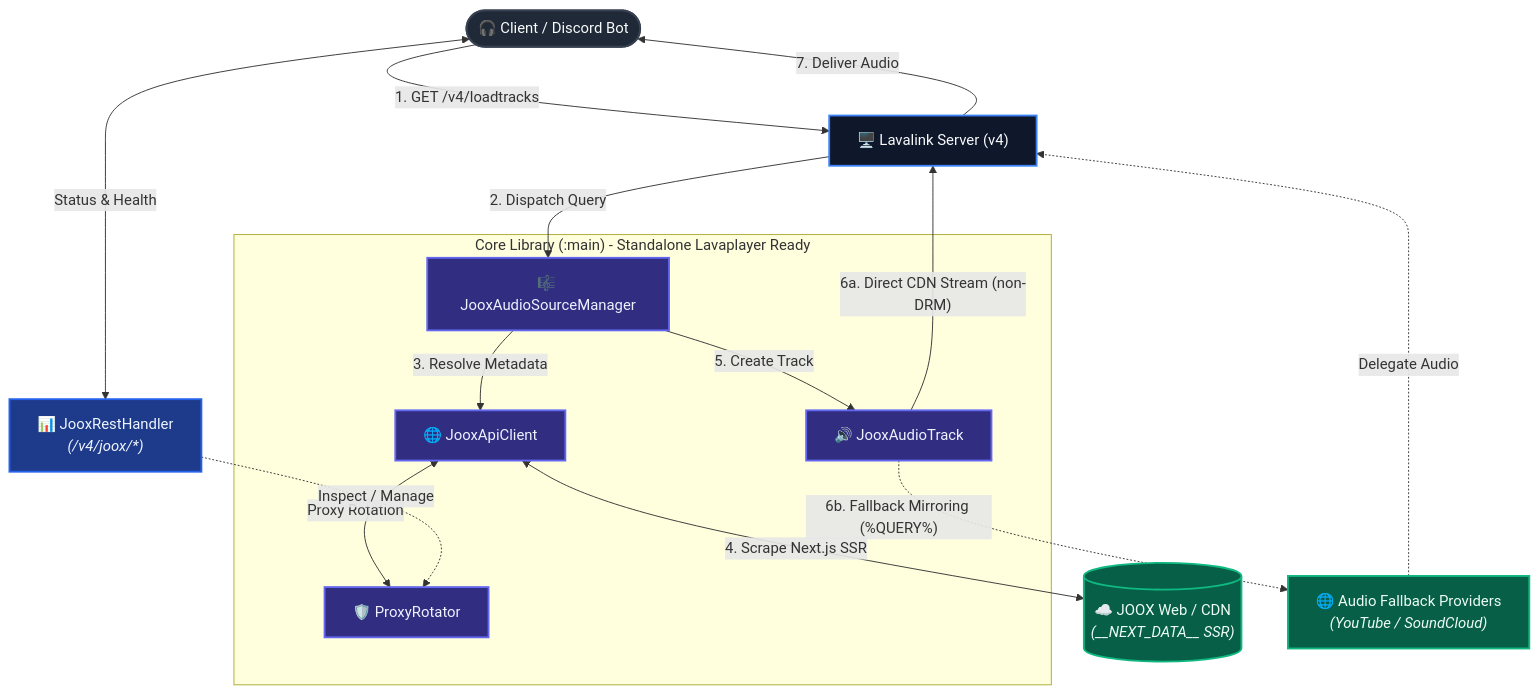
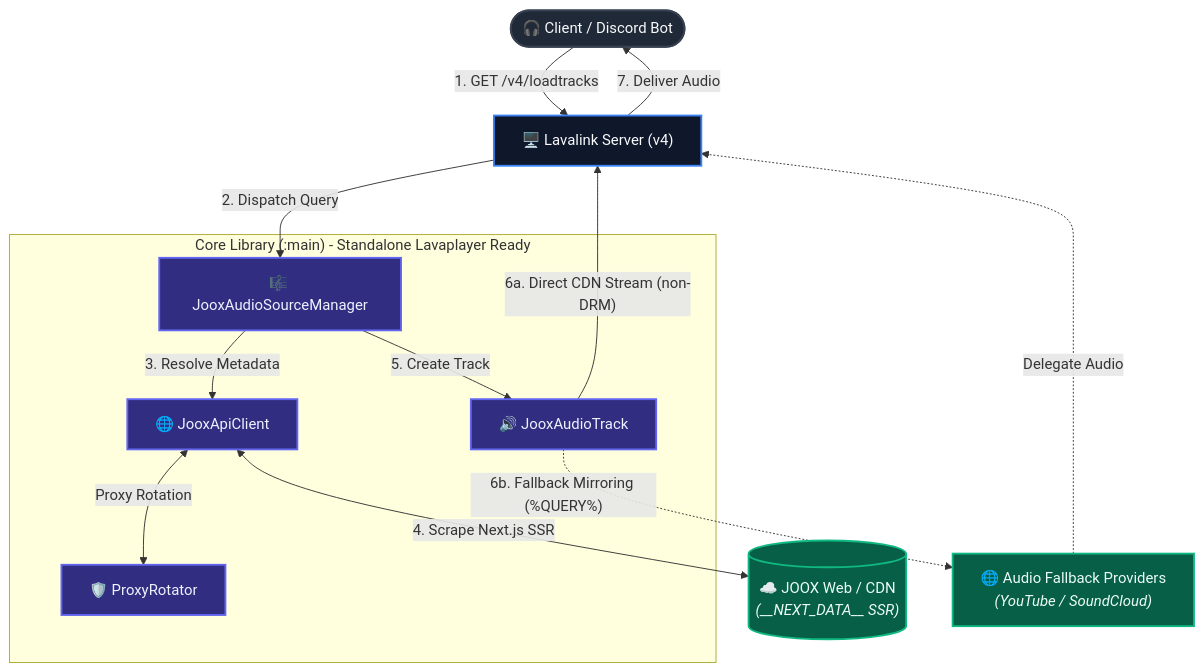
Before and after one commit to PeterGamez/JooxSource: the diagram in README.md, drawn with Mermaid.

Commit message:
docs: remove JooxRestHandler from architecture diagram in README

````diff
--- a/README.md
+++ b/README.md
@@ -11,45 +11,38 @@
 ```mermaid
 flowchart TD
     Client(["🎧 Client / Discord Bot"]) -->|"1. GET /v4/loadtracks"| LavalinkServer["🖥️ Lavalink Server (v4)"]
 
     subgraph Core ["Core Library (:main) - Standalone Lavaplayer Ready"]
         SourceManager["🎼 JooxAudioSourceManager"]
         ApiClient["🌐 JooxApiClient"]
         ProxyRotator["🛡️ ProxyRotator"]
         AudioTrack["🔊 JooxAudioTrack"]
     end
 
-    RestHandler["📊 JooxRestHandler<br/><i>(/v4/joox/*)</i>"]
     JooxWeb[("☁️ JOOX Web / CDN<br/><i>(__NEXT_DATA__ SSR)</i>")]
     FallbackProviders["🌐 Audio Fallback Providers<br/><i>(YouTube / SoundCloud)</i>"]
 
     %% Request & Metadata Flow
     LavalinkServer -->|"2. Dispatch Query"| SourceManager
     SourceManager -->|"3. Resolve Metadata"| ApiClient
     ApiClient <-->|"Proxy Rotation"| ProxyRotator
     ApiClient <-->|"4. Scrape Next.js SSR"| JooxWeb
     SourceManager -->|"5. Create Track"| AudioTrack
 
     %% Playback Flow (Dual-Mode)
     AudioTrack -->|"6a. Direct CDN Stream (non-DRM)"| LavalinkServer
     AudioTrack -.->|"6b. Fallback Mirroring (%QUERY%)"| FallbackProviders
     FallbackProviders -.->|"Delegate Audio"| LavalinkServer
     LavalinkServer -->|"7. Deliver Audio"| Client
 
-    %% Diagnostics REST
-    Client <-->|"Status & Health"| RestHandler
-    RestHandler -.->|"Inspect / Manage"| ProxyRotator
-
     %% Custom Styling
     classDef clientNode fill:#1f2937,stroke:#374151,stroke-width:2px,color:#f9fafb;
     classDef serverNode fill:#0f172a,stroke:#3b82f6,stroke-width:2px,color:#f8fafc;
-    classDef pluginNode fill:#1e3a8a,stroke:#2563eb,stroke-width:2px,color:#eff6ff;
     classDef coreNode fill:#312e81,stroke:#6366f1,stroke-width:2px,color:#eef2ff;
     classDef cloudNode fill:#065f46,stroke:#10b981,stroke-width:2px,color:#ecfdf5;
 
     class Client clientNode;
     class LavalinkServer serverNode;
-    class RestHandler pluginNode;
     class SourceManager,ApiClient,ProxyRotator,AudioTrack coreNode;
     class JooxWeb,FallbackProviders cloudNode;
 ```
````
